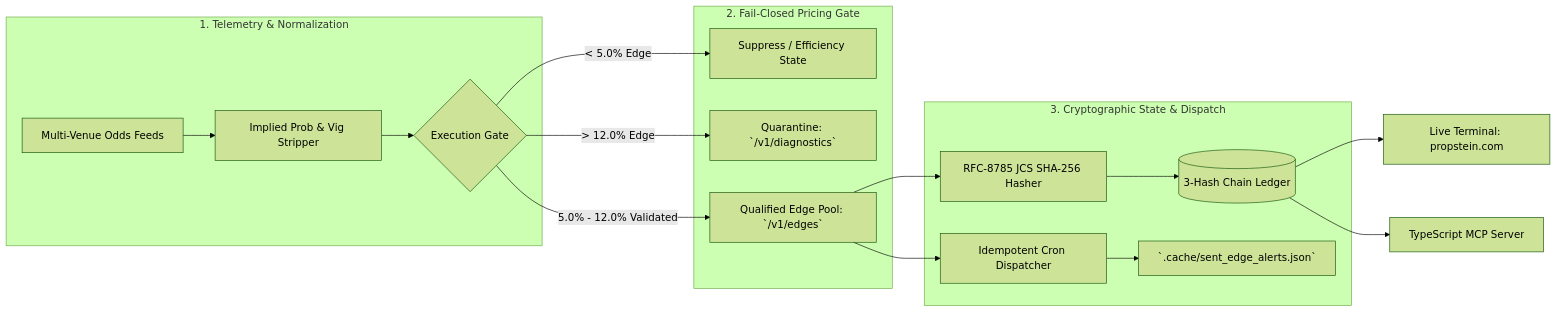
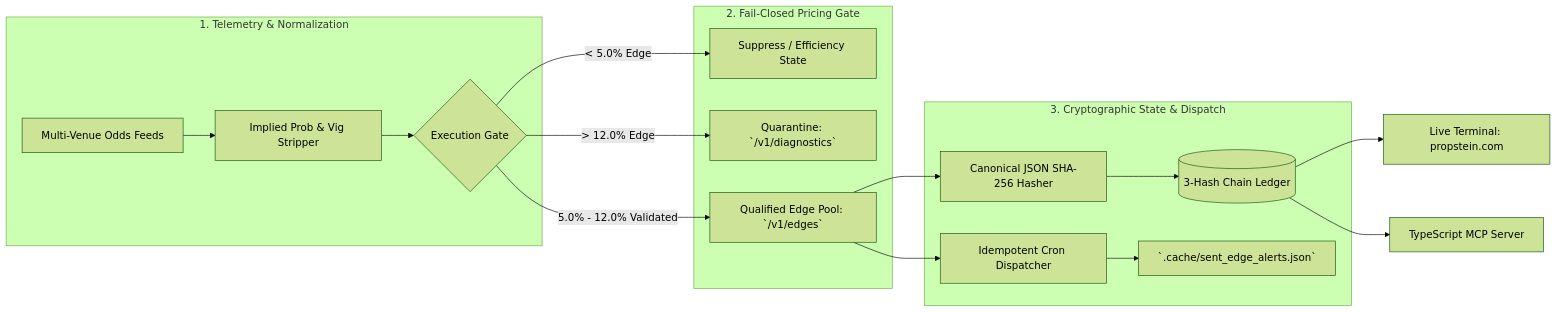
Before and after one commit to NickAiNYC/Propstein: the diagram in README.md, drawn with Mermaid (forest theme). The commit also changed other lines of this file and 1 other file, not shown here.

Commit message:
docs: replace RFC 8785 and immutable claims in README

````diff
--- a/README.md
+++ b/README.md
@@ -18,23 +18,23 @@
 ```mermaid
 flowchart LR
     subgraph Ingestion ["1. Telemetry & Normalization"]
         A[Multi-Venue Odds Feeds] --> B[Implied Prob & Vig Stripper]
         B --> C{Execution Gate}
     end
 
     subgraph Gate ["2. Fail-Closed Pricing Gate"]
         C -->|< 5.0% Edge| D[Suppress / Efficiency State]
         C -->|> 12.0% Edge| E[Quarantine: `/v1/diagnostics`]
         C -->|5.0% - 12.0% Validated| F[Qualified Edge Pool: `/v1/edges`]
     end
 
     subgraph Crypto ["3. Cryptographic State & Dispatch"]
-        F --> G[RFC-8785 JCS SHA-256 Hasher]
+        F --> G[Canonical JSON SHA-256 Hasher]
         G --> H[(3-Hash Chain Ledger)]
         F --> I[Idempotent Cron Dispatcher]
         I --> J[`.cache/sent_edge_alerts.json`]
     end
 
     H --> K[Live Terminal: propstein.com]
     H --> L[TypeScript MCP Server]
 ```
````
